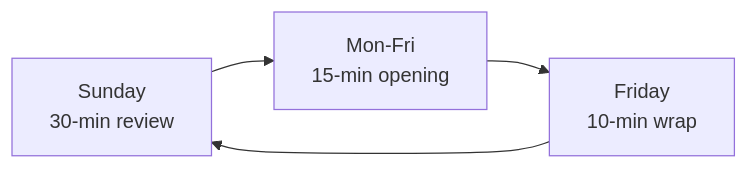
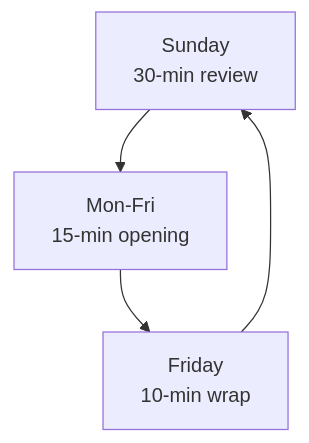
Before and after one commit to leotansingapore/aia-product-compass-hub: the first of 2 diagrams in docs/first-60-days/week-5/day-25.md, drawn with Mermaid. The commit also changed 56 other files, not shown here.

Commit message:
Readability pass across first-60-days: styled HTML to tables/diagrams, cleaner formatting, no leaked metadata

````diff
--- a/docs/first-60-days/week-5/day-25.md
+++ b/docs/first-60-days/week-5/day-25.md
@@ -43,4 +43,6 @@
 ```mermaid
-flowchart LR
-    A["Sunday<br/>30-min review"] --> B["Mon-Fri<br/>15-min opening"] --> C["Friday<br/>10-min wrap"] --> A
+flowchart TD
+    A["Sunday<br/>30-min review"] --> B["Mon-Fri<br/>15-min opening"]
+    B --> C["Friday<br/>10-min wrap"]
+    C --> A
 ```
````
